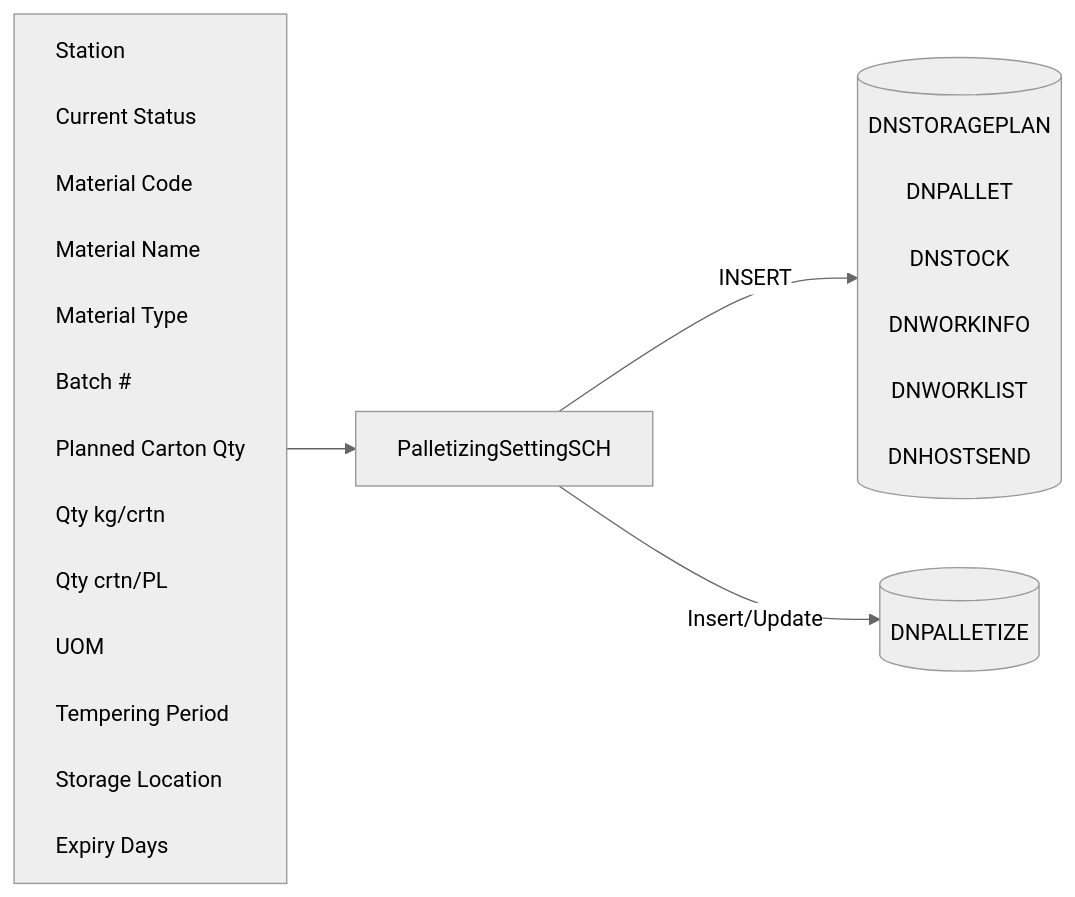
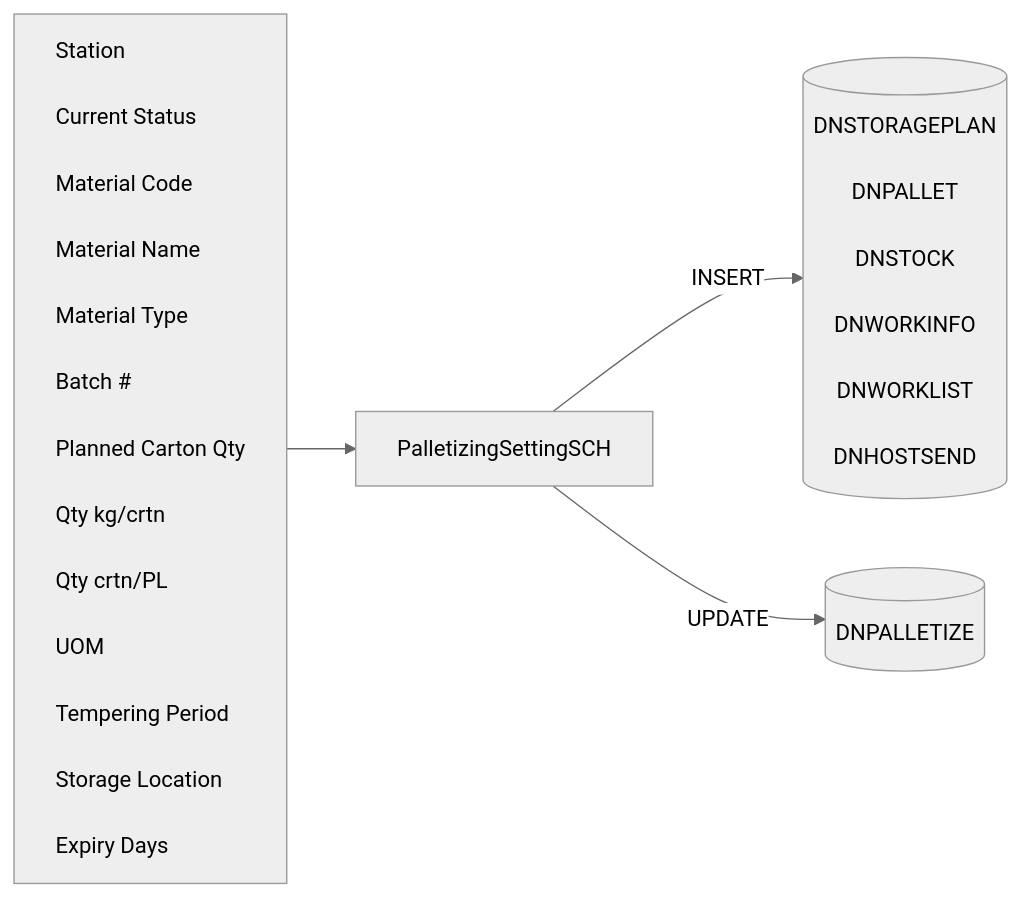
One commit to luthfiadityaa/SimeDarby-Wiki changed the diagram in Basic-Design/DFD-WMS/Storage/Palletizing-Settting/Batch-End.md. Above: the diagram before and after it, drawn with Mermaid (neutral theme).

Commit message:
Updated Batch End

```diff
--- a/Basic-Design/DFD-WMS/Storage/Palletizing-Settting/Batch-End.md
+++ b/Basic-Design/DFD-WMS/Storage/Palletizing-Settting/Batch-End.md
@@ -21,39 +21,39 @@
 ::: mermaid
 flowchart LR
     input[
         Station<br>
         Current Status<br>
         Material Code<br>
         Material Name<br>
         Material Type<br>
         Batch #<br>
         Planned Carton Qty<br>
         Qty kg/crtn<br>
         Qty crtn/PL<br>
         UOM<br>
         Tempering Period<br>
         Storage Location<br>
         Expiry Days<br>
     ]
 
     tableList-insert-update[("
         DNPALLETIZE<br>
     ")]
 
     tableList-insert[("
         DNSTORAGEPLAN<br>
         DNPALLET<br>
         DNSTOCK<br>
         DNWORKINFO<br>
         DNWORKLIST<br>
         DNHOSTSEND<br>
     ")]
 
     className[PalletizingSettingSCH]
 
     input --> className --> |INSERT| tableList-insert
-    className --> |Insert/Update| tableList-insert-update
+    className --> |UPDATE| tableList-insert-update
 
     classDef leftAlign text-align:left;
     class input leftAlign;
 :::
```
